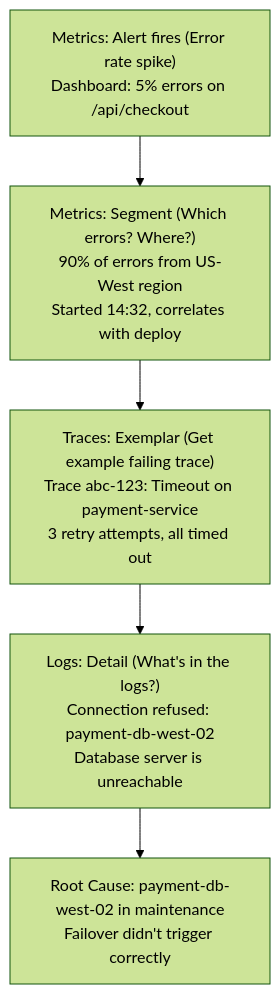
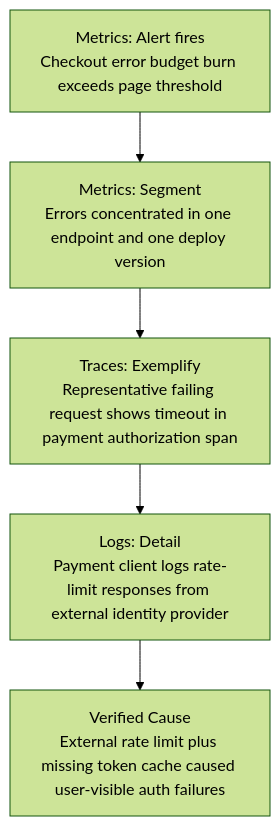
The third of 7 diagrams in src/content/docs/platform/foundations/observability-theory/module-3.4-from-data-to-insight.md (kube-dojo/kube-dojo), drawn with Mermaid (forest theme) before and after one commit. The commit also changed other lines of this file and 1 other file, not shown here.

````diff
--- a/src/content/docs/platform/foundations/observability-theory/module-3.4-from-data-to-insight.md
+++ b/src/content/docs/platform/foundations/observability-theory/module-3.4-from-data-to-insight.md
@@ -210,13 +210,13 @@
 ```mermaid
 flowchart TD
-    Metrics1["Metrics: Alert fires (Error rate spike)<br>Dashboard: 5% errors on /api/checkout"]
-    Metrics2["Metrics: Segment (Which errors? Where?)<br>90% of errors from US-West region<br>Started 14:32, correlates with deploy"]
-    Traces["Traces: Exemplar (Get example failing trace)<br>Trace abc-123: Timeout on payment-service<br>3 retry attempts, all timed out"]
-    Logs["Logs: Detail (What's in the logs?)<br>Connection refused: payment-db-west-02<br>Database server is unreachable"]
-    RootCause["Root Cause: payment-db-west-02 in maintenance<br>Failover didn't trigger correctly"]
+    Metrics1["Metrics: Alert fires<br>Checkout error budget burn exceeds page threshold"]
+    Metrics2["Metrics: Segment<br>Errors concentrated in one endpoint and one deploy version"]
+    Traces["Traces: Exemplify<br>Representative failing request shows timeout in payment authorization span"]
+    Logs["Logs: Detail<br>Payment client logs rate-limit responses from external identity provider"]
+    RootCause["Verified Cause<br>External rate limit plus missing token cache caused user-visible auth failures"]
 
     Metrics1 --> Metrics2
     Metrics2 --> Traces
     Traces --> Logs
     Logs --> RootCause
 ```
````
